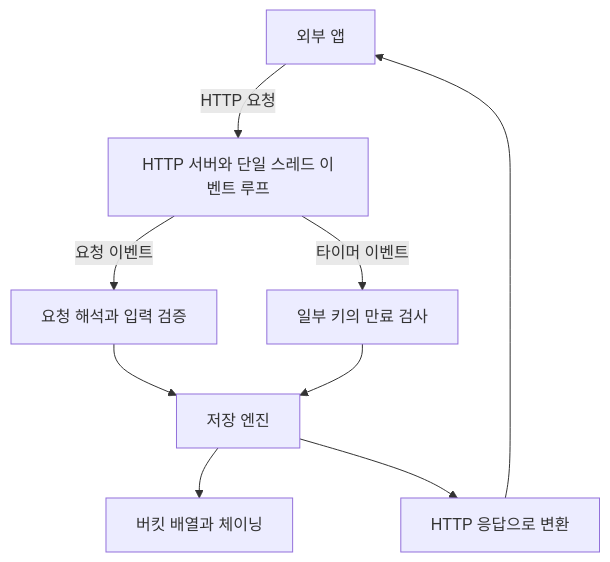
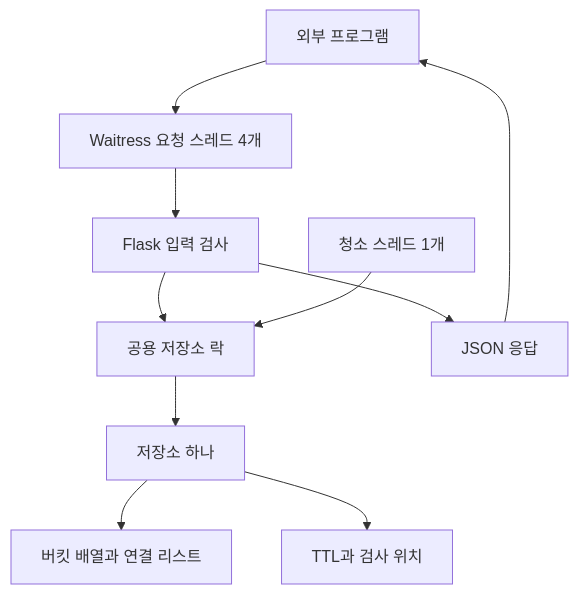
One commit to jye-1123/mini-redis changed the diagram in docs/DESIGN.md. Above: the diagram before and after it, drawn with Mermaid. The commit also changed other lines of this file and 19 other files, not shown here.

````diff
--- a/docs/DESIGN.md
+++ b/docs/DESIGN.md
@@ -13,11 +7,12 @@
 ```mermaid
 flowchart TD
-    Client[외부 앱] -->|HTTP 요청| Loop[HTTP 서버와 단일 스레드 이벤트 루프]
-    Loop -->|요청 이벤트| Handler[요청 해석과 입력 검증]
-    Handler --> Store[저장 엔진]
-    Store --> Table[버킷 배열과 체이닝]
-    Loop -->|타이머 이벤트| Expire[일부 키의 만료 검사]
-    Expire --> Store
-    Store --> Reply[HTTP 응답으로 변환]
+    Client[외부 프로그램] --> HTTP[Waitress 요청 스레드 4개]
+    HTTP --> Flask[Flask 입력 검사]
+    Flask --> Gate[공용 저장소 락]
+    Cleaner[청소 스레드 1개] --> Gate
+    Gate --> Store[저장소 하나]
+    Store --> Table[버킷 배열과 연결 리스트]
+    Store --> Cursor[TTL과 검사 위치]
+    Flask --> Reply[JSON 응답]
     Reply --> Client
 ```
````
